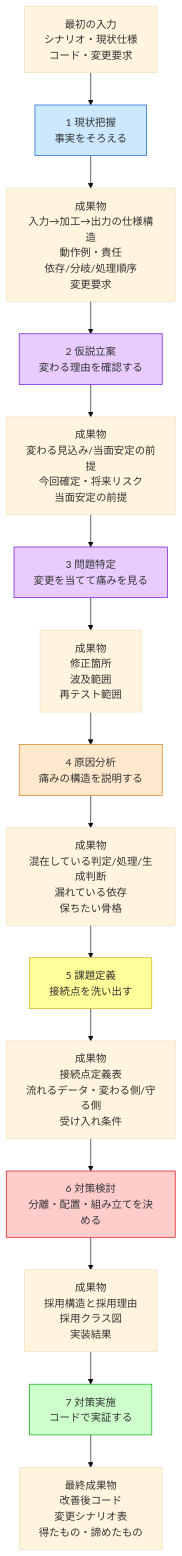
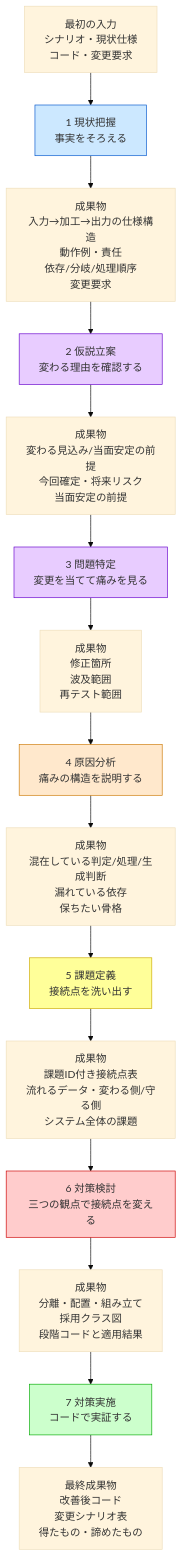
One commit to kumachan1101-pixel/DesignPattern changed the second of 3 diagrams in kindle/design-patterns/output/chapter00_2.md. Above: the diagram before and after it, drawn with Mermaid (base theme). The commit also changed other lines of this file and 21 other files, not shown here.

````diff
--- a/kindle/design-patterns/output/chapter00_2.md
+++ b/kindle/design-patterns/output/chapter00_2.md
@@ -101,41 +101,41 @@
 ```mermaid
 flowchart TB
     I0["最初の入力<br>シナリオ・現状仕様<br>コード・変更要求"]
 
     P1["1 現状把握<br>事実をそろえる"]
     O1["成果物<br>入力→加工→出力の仕様構造<br>動作例・責任<br>依存/分岐/処理順序<br>変更要求"]
 
     P2["2 仮説立案<br>変わる理由を確認する"]
     O2["成果物<br>変わる見込み/当面安定の前提<br>今回確定・将来リスク<br>当面安定の前提"]
 
     P3["3 問題特定<br>変更を当てて痛みを見る"]
     O3["成果物<br>修正箇所<br>波及範囲<br>再テスト範囲"]
 
     P4["4 原因分析<br>痛みの構造を説明する"]
     O4["成果物<br>混在している判定/処理/生成判断<br>漏れている依存<br>保ちたい骨格"]
 
     P5["5 課題定義<br>接続点を洗い出す"]
-    O5["成果物<br>接続点定義表<br>流れるデータ・変わる側/守る側<br>受け入れ条件"]
+    O5["成果物<br>課題ID付き接続点表<br>流れるデータ・変わる側/守る側<br>システム全体の課題"]
 
-    P6["6 対策検討<br>分離・配置・組み立てを決める"]
-    O6["成果物<br>採用構造と採用理由<br>採用クラス図<br>実装結果"]
+    P6["6 対策検討<br>三つの観点で接続点を変える"]
+    O6["成果物<br>分離・配置・組み立て<br>採用クラス図<br>段階コードと適用結果"]
 
     P7["7 対策実施<br>コードで実証する"]
     O7["最終成果物<br>改善後コード<br>変更シナリオ表<br>得たもの・諦めたもの"]
 
     I0 --> P1 --> O1
     O1 --> P2 --> O2
     O2 --> P3 --> O3
     O3 --> P4 --> O4
     O4 --> P5 --> O5
     O5 --> P6 --> O6
     O6 --> P7 --> O7
 
     style P1 fill:#cce8ff,stroke:#0055cc
     style P2 fill:#e8ccff,stroke:#6600cc
     style P3 fill:#e8ccff,stroke:#6600cc
     style P4 fill:#ffe8cc,stroke:#cc7700
     style P5 fill:#ffff99,stroke:#ccaa00
     style P6 fill:#ffcccc,stroke:#cc0000
     style P7 fill:#ccffcc,stroke:#00aa00
 ```
````
